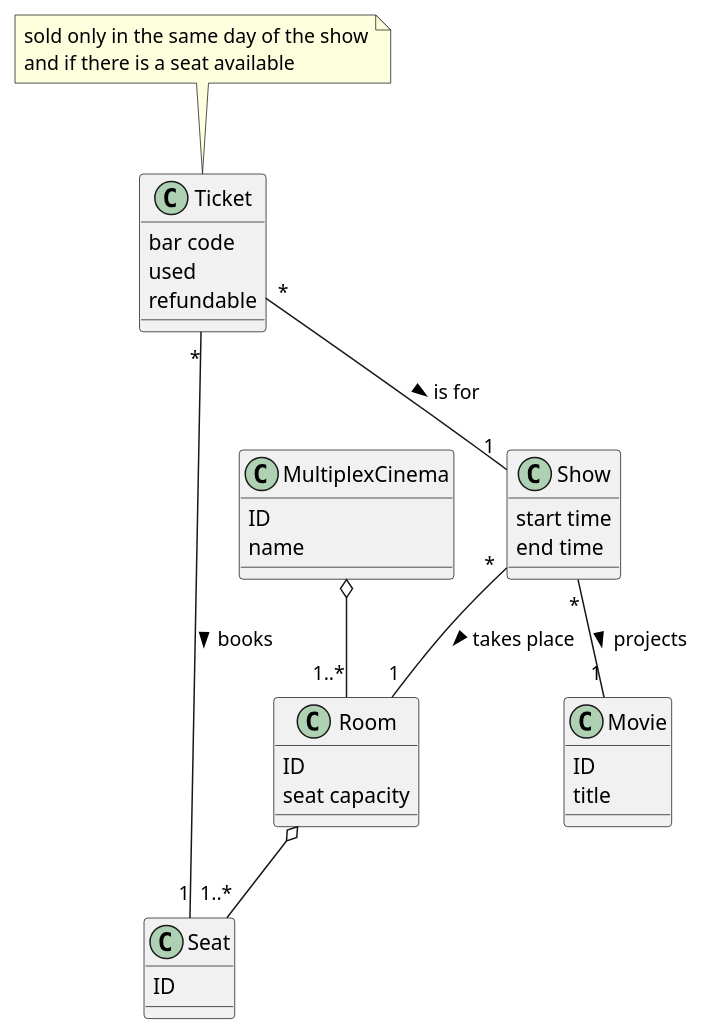
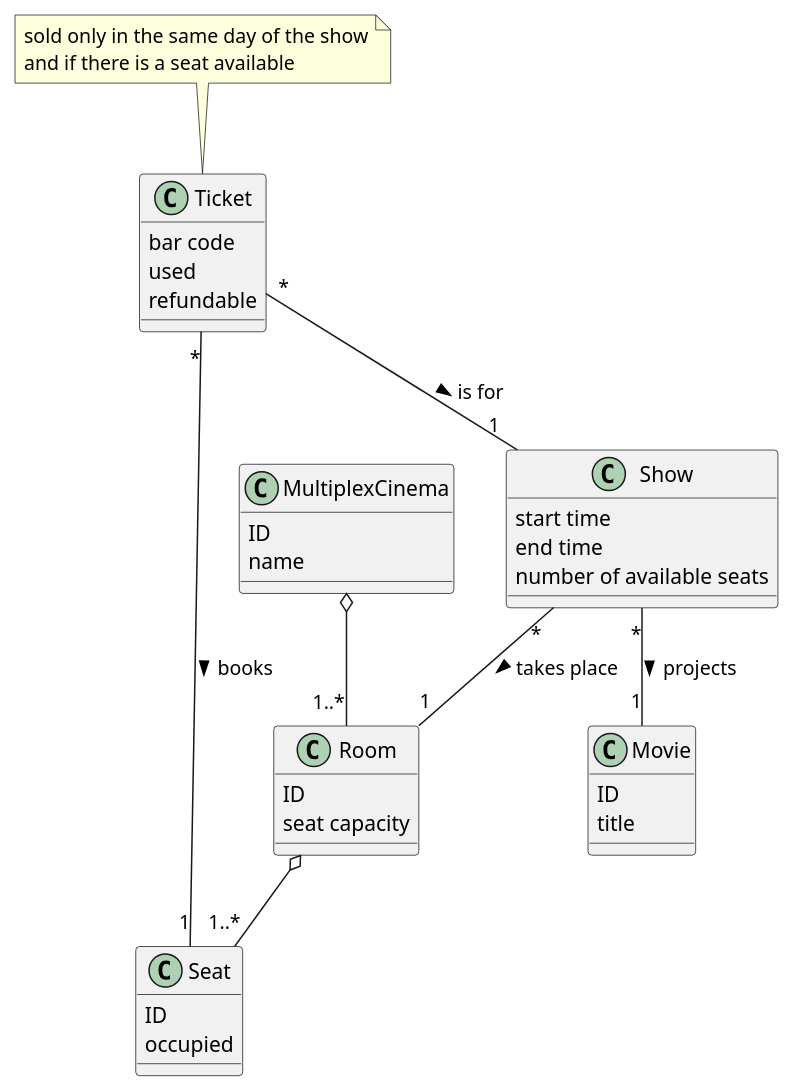
The second of 3 diagrams in ex4_movie/requirements.md (franco-ruggeri/SoftEng), drawn with PlantUML before and after one commit. The commit also changed other lines of this file and 1 other file, not shown here.

````diff
--- a/ex4_movie/requirements.md
+++ b/ex4_movie/requirements.md
@@ -50,30 +50,32 @@
 ```plantuml
 class MultiplexCinema
 class Room
 class Movie
 class Seat
 class Ticket
 class Show
 
 MultiplexCinema : ID
 MultiplexCinema : name
 Room : ID
 Room : seat capacity
 Movie : ID
 Movie : title
 Seat : ID
+Seat : occupied
 Ticket : bar code
 Ticket : used
 Ticket : refundable
 Show : start time
 Show : end time
+Show : number of available seats
 
 MultiplexCinema o-- "1..*" Room
 Room o-- "1..*" Seat
 Ticket "*" -- "1" Seat : books >
 Ticket "*" -- "1" Show : is for >
 Show "*" -- "1" Movie : projects >
 Show "*" -- "1" Room : takes place >
 
 Note top of Ticket : sold only in the same day of the show\nand if there is a seat available
 ```
````
